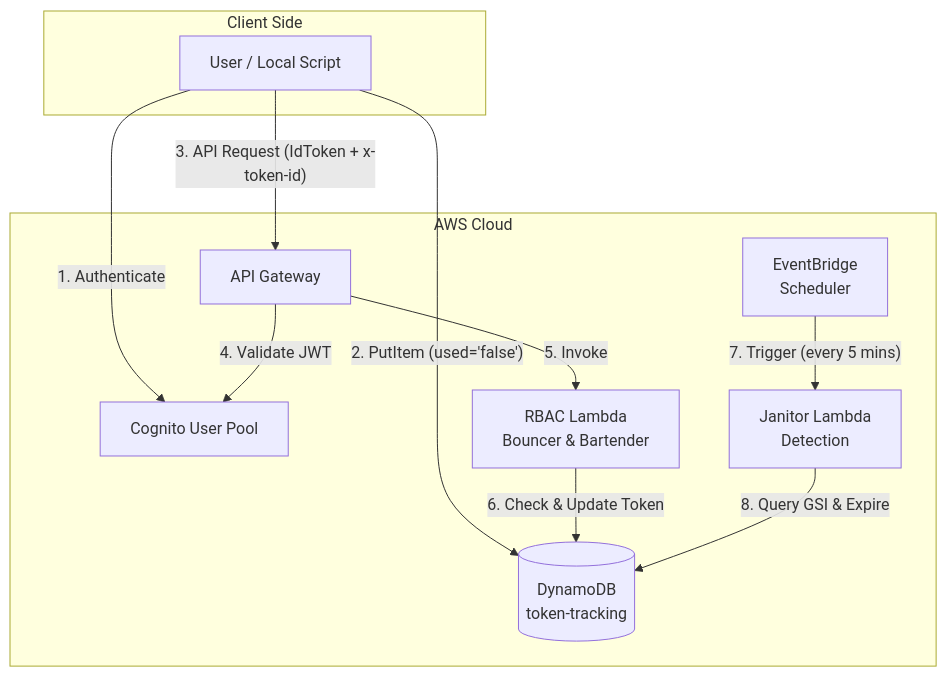
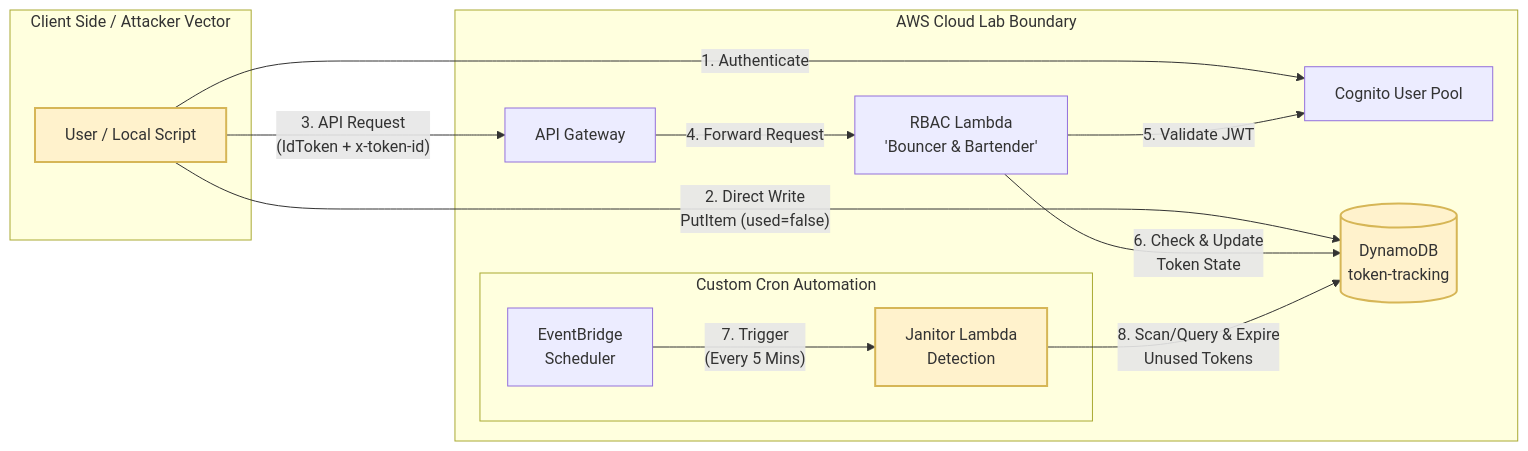
The diagram in 0_notes/1.Project_Documentations/04.DynamoDB_Detection_Telemetry/01.Foundaton_&_Telemetry.md (Jae1-alt/lambda_project), drawn with Mermaid before and after one commit. The commit also changed 6 other files, not shown here.

Commit message:
updated lambda and variables to separate detection lambda environmental variables also updated bedrock policy

````diff
--- a/0_notes/1.Project_Documentations/04.DynamoDB_Detection_Telemetry/01.Foundaton_&_Telemetry.md
+++ b/0_notes/1.Project_Documentations/04.DynamoDB_Detection_Telemetry/01.Foundaton_&_Telemetry.md
@@ -7,29 +7,36 @@
 ```mermaid
-graph TD
-    subgraph Client Side
+graph LR
+    subgraph Client [Client Side / Attacker Vector]
         User[User / Local Script]
     end
 
-    subgraph AWS Cloud
+    subgraph AWS [AWS Cloud Lab Boundary]
         Cognito[Cognito User Pool]
         API[API Gateway]
-        RBAC[RBAC Lambda<br/>Bouncer & Bartender]
-        Janitor[Janitor Lambda<br/>Detection]
-        EB[EventBridge<br/>Scheduler]
+        RBAC[RBAC Lambda<br/>'Bouncer & Bartender']
         DDB[(DynamoDB<br/>token-tracking)]
+        
+        subgraph Automation [Custom Cron Automation]
+            EB[EventBridge<br/>Scheduler]
+            Janitor[Janitor Lambda<br/>Detection]
+        end
     end
 
-    %% Telemetry Producer Flow
+    %% Phase 1: Token Generation & Direct Injection
     User -- "1. Authenticate" --> Cognito
-    User -- "2. PutItem (used='false')" --> DDB
+    User -- "2. Direct Write<br/>PutItem (used=false)" --> DDB
 
-    %% API Request Flow
-    User -- "3. API Request (IdToken + x-token-id)" --> API
-    API -- "4. Validate JWT" --> Cognito
-    API -- "5. Invoke" --> RBAC
-    RBAC -- "6. Check & Update Token" --> DDB
+    %% Phase 2: Execution Path
+    User -- "3. API Request<br/>(IdToken + x-token-id)" --> API
+    API -- "4. Forward Request" --> RBAC
+    RBAC -- "5. Validate JWT" --> Cognito
+    RBAC -- "6. Check & Update<br/>Token State" --> DDB
 
-    %% Maintenance Flow
-    EB -- "7. Trigger (every 5 mins)" --> Janitor
-    Janitor -- "8. Query GSI & Expire" --> DDB
+    %% Phase 3: Scavenger Loop
+    EB -- "7. Trigger<br/>(Every 5 Mins)" --> Janitor
+    Janitor -- "8. Scan/Query & Expire<br/>Unused Tokens" --> DDB
+
+    %% Visual Styling for Lab Elements
+    classDef labElement fill:#fff2cc,stroke:#d6b656,stroke-width:2px;
+    class User,DDB,Janitor labElement;
 ```
````
